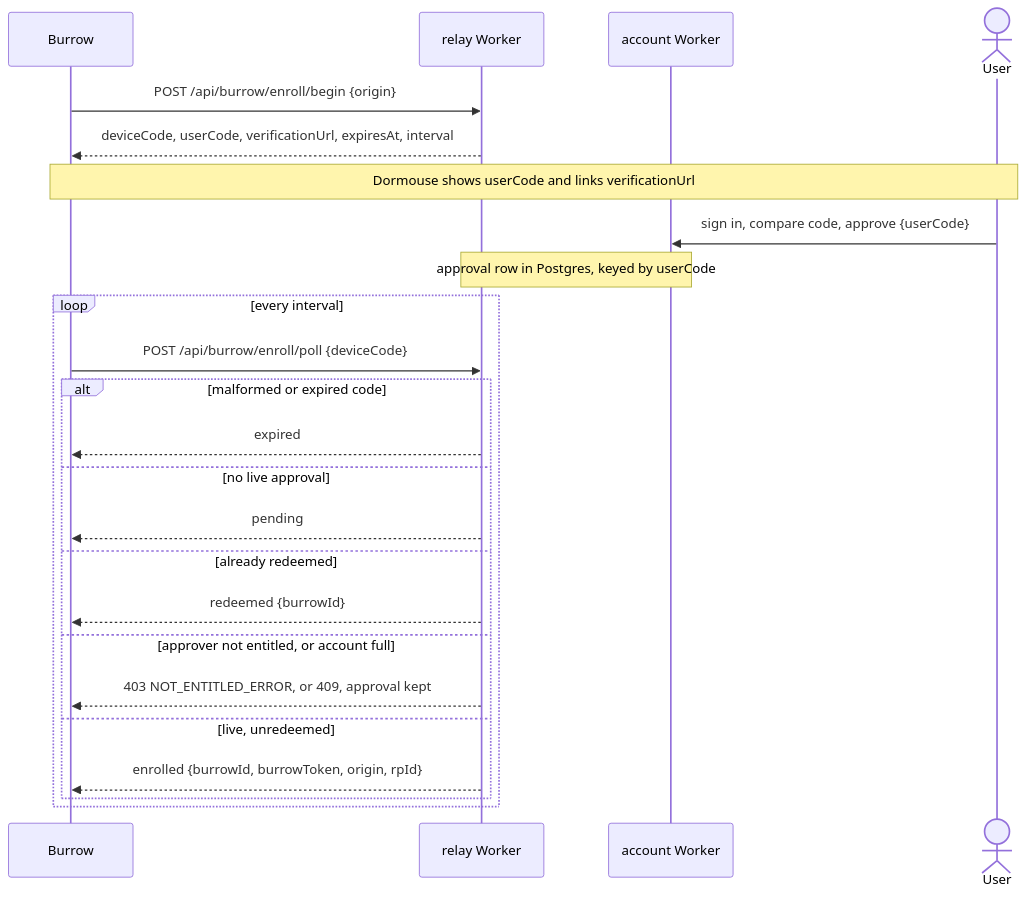
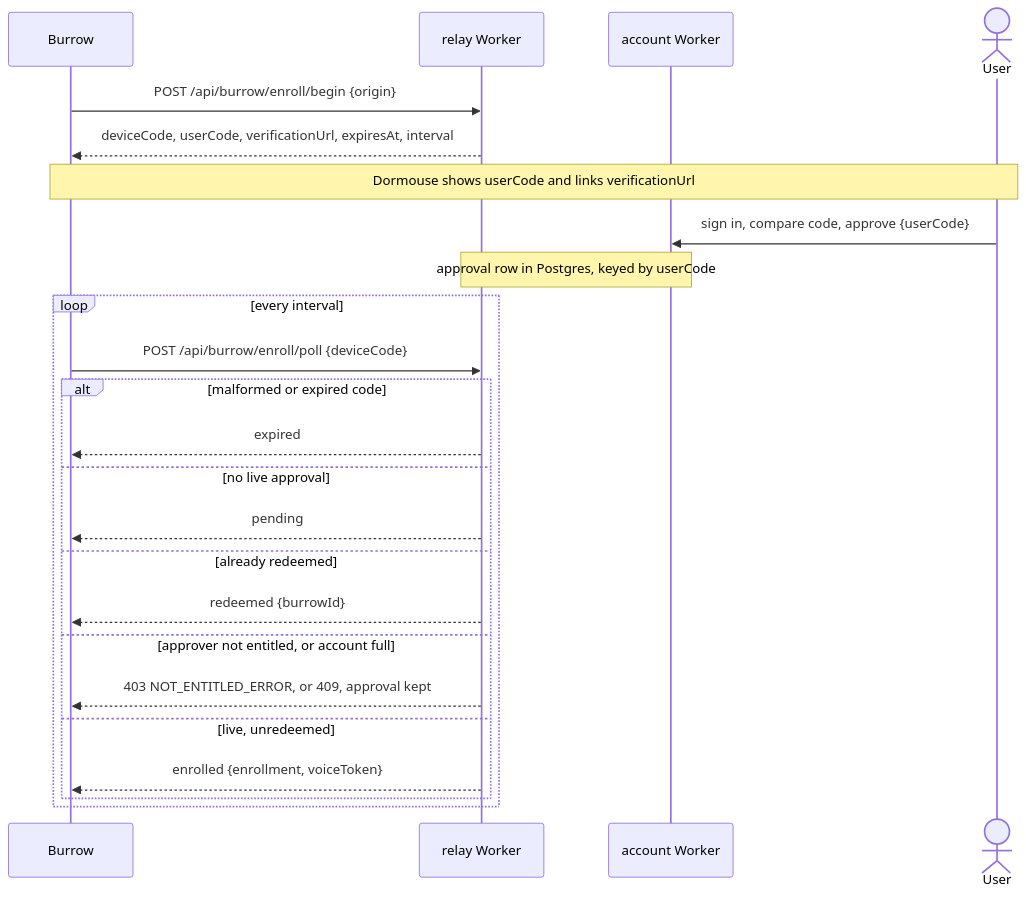
The diagram in docs/specs/hosted.md (diffplug/dormouse), drawn with Mermaid before and after one commit. The commit also changed other lines of this file and 13 other files, not shown here.

````diff
--- a/docs/specs/hosted.md
+++ b/docs/specs/hosted.md
@@ -160,26 +162,26 @@
 ```mermaid
 sequenceDiagram
   participant Burrow
   participant R as relay Worker
   participant A as account Worker
   actor User
   Burrow->>R: POST /api/burrow/enroll/begin {origin}
   R-->>Burrow: deviceCode, userCode, verificationUrl, expiresAt, interval
   Note over Burrow,User: Dormouse shows userCode and links verificationUrl
   User->>A: sign in, compare code, approve {userCode}
   Note over R,A: approval row in Postgres, keyed by userCode
   loop every interval
     Burrow->>R: POST /api/burrow/enroll/poll {deviceCode}
     alt malformed or expired code
       R-->>Burrow: expired
     else no live approval
       R-->>Burrow: pending
     else already redeemed
       R-->>Burrow: redeemed {burrowId}
     else approver not entitled, or account full
       R-->>Burrow: 403 NOT_ENTITLED_ERROR, or 409, approval kept
     else live, unredeemed
-      R-->>Burrow: enrolled {burrowId, burrowToken, origin, rpId}
+      R-->>Burrow: enrolled {enrollment, voiceToken}
     end
   end
 ```
````
